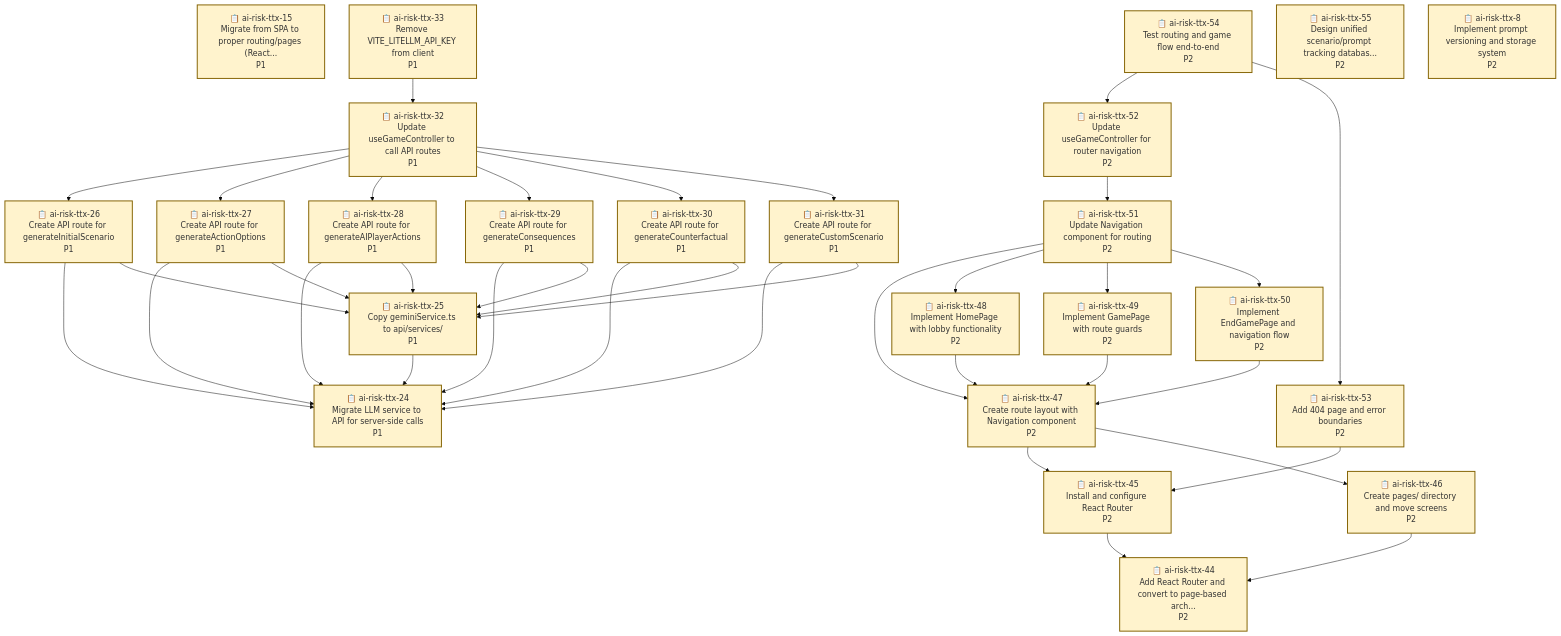
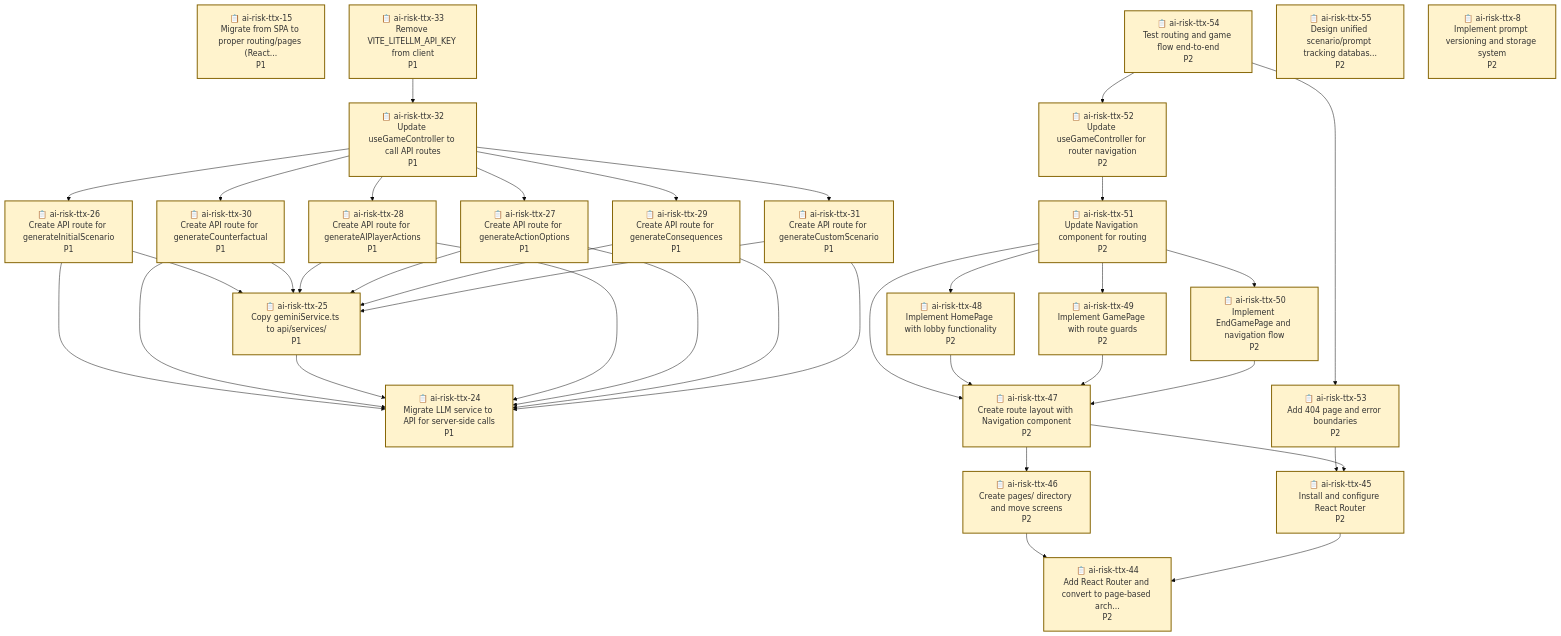
One commit to bhi5hmaraj/ai-risk-ttx changed the diagram in .beads/graph.md. Above: the diagram before and after it, drawn with Mermaid (base theme). The commit also changed other lines of this file and 2 other files, not shown here.

````diff
--- a/.beads/graph.md
+++ b/.beads/graph.md
@@ -49,39 +49,39 @@
     ai-risk-ttx-8["📋 ai-risk-ttx-8<br/>Implement prompt versioning and storage system<br/>P2"]
     style ai-risk-ttx-8 fill:#fff3cd,stroke:#856404,stroke-width:2px
 
-    ai-risk-ttx-46 --> ai-risk-ttx-44
-    ai-risk-ttx-28 --> ai-risk-ttx-24
-    ai-risk-ttx-28 --> ai-risk-ttx-25
+    ai-risk-ttx-51 --> ai-risk-ttx-47
+    ai-risk-ttx-51 --> ai-risk-ttx-48
+    ai-risk-ttx-51 --> ai-risk-ttx-49
+    ai-risk-ttx-51 --> ai-risk-ttx-50
+    ai-risk-ttx-26 --> ai-risk-ttx-24
+    ai-risk-ttx-26 --> ai-risk-ttx-25
+    ai-risk-ttx-30 --> ai-risk-ttx-24
+    ai-risk-ttx-30 --> ai-risk-ttx-25
     ai-risk-ttx-25 --> ai-risk-ttx-24
     ai-risk-ttx-33 --> ai-risk-ttx-32
     ai-risk-ttx-48 --> ai-risk-ttx-47
-    ai-risk-ttx-31 --> ai-risk-ttx-24
-    ai-risk-ttx-31 --> ai-risk-ttx-25
-    ai-risk-ttx-26 --> ai-risk-ttx-24
-    ai-risk-ttx-26 --> ai-risk-ttx-25
-    ai-risk-ttx-49 --> ai-risk-ttx-47
-    ai-risk-ttx-50 --> ai-risk-ttx-47
-    ai-risk-ttx-29 --> ai-risk-ttx-24
-    ai-risk-ttx-29 --> ai-risk-ttx-25
     ai-risk-ttx-53 --> ai-risk-ttx-45
+    ai-risk-ttx-28 --> ai-risk-ttx-24
+    ai-risk-ttx-28 --> ai-risk-ttx-25
+    ai-risk-ttx-27 --> ai-risk-ttx-24
+    ai-risk-ttx-27 --> ai-risk-ttx-25
+    ai-risk-ttx-52 --> ai-risk-ttx-51
+    ai-risk-ttx-54 --> ai-risk-ttx-52
+    ai-risk-ttx-54 --> ai-risk-ttx-53
     ai-risk-ttx-32 --> ai-risk-ttx-26
     ai-risk-ttx-32 --> ai-risk-ttx-27
     ai-risk-ttx-32 --> ai-risk-ttx-28
     ai-risk-ttx-32 --> ai-risk-ttx-29
     ai-risk-ttx-32 --> ai-risk-ttx-30
     ai-risk-ttx-32 --> ai-risk-ttx-31
-    ai-risk-ttx-51 --> ai-risk-ttx-47
-    ai-risk-ttx-51 --> ai-risk-ttx-48
-    ai-risk-ttx-51 --> ai-risk-ttx-49
-    ai-risk-ttx-51 --> ai-risk-ttx-50
-    ai-risk-ttx-30 --> ai-risk-ttx-24
-    ai-risk-ttx-30 --> ai-risk-ttx-25
-    ai-risk-ttx-45 --> ai-risk-ttx-44
     ai-risk-ttx-47 --> ai-risk-ttx-45
     ai-risk-ttx-47 --> ai-risk-ttx-46
-    ai-risk-ttx-27 --> ai-risk-ttx-24
-    ai-risk-ttx-27 --> ai-risk-ttx-25
-    ai-risk-ttx-54 --> ai-risk-ttx-52
-    ai-risk-ttx-54 --> ai-risk-ttx-53
-    ai-risk-ttx-52 --> ai-risk-ttx-51
+    ai-risk-ttx-49 --> ai-risk-ttx-47
+    ai-risk-ttx-46 --> ai-risk-ttx-44
+    ai-risk-ttx-29 --> ai-risk-ttx-24
+    ai-risk-ttx-29 --> ai-risk-ttx-25
+    ai-risk-ttx-50 --> ai-risk-ttx-47
+    ai-risk-ttx-45 --> ai-risk-ttx-44
+    ai-risk-ttx-31 --> ai-risk-ttx-24
+    ai-risk-ttx-31 --> ai-risk-ttx-25
 ```
````
